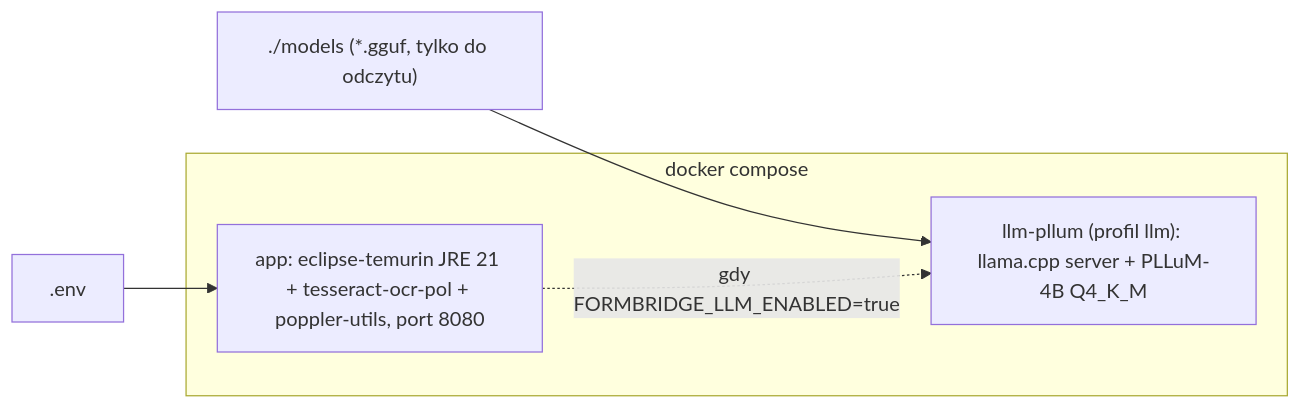
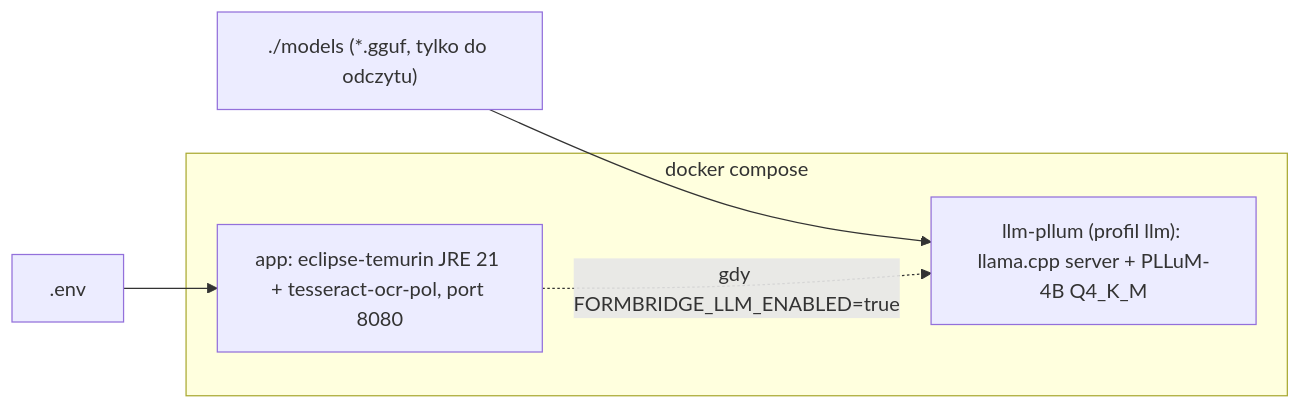
The sixth of 6 diagrams in docs/ARCHITECTURE.md (mandreik01/Formbrige), drawn with Mermaid before and after one commit. The commit also changed other lines of this file and 1 other file, not shown here.

````diff
--- a/docs/ARCHITECTURE.md
+++ b/docs/ARCHITECTURE.md
@@ -235,10 +238,10 @@
 ```mermaid
 flowchart LR
     subgraph DC["docker compose"]
-        APPC["app: eclipse-temurin JRE 21 + tesseract-ocr-pol + poppler-utils, port 8080"]
+        APPC["app: eclipse-temurin JRE 21 + tesseract-ocr-pol, port 8080"]
         P["llm-pllum (profil llm): llama.cpp server + PLLuM-4B Q4_K_M"]
     end
     ENV[".env"] --> APPC
     MOD["./models (*.gguf, tylko do odczytu)"] --> P
     APPC -.->|"gdy FORMBRIDGE_LLM_ENABLED=true"| P
 ```
````
